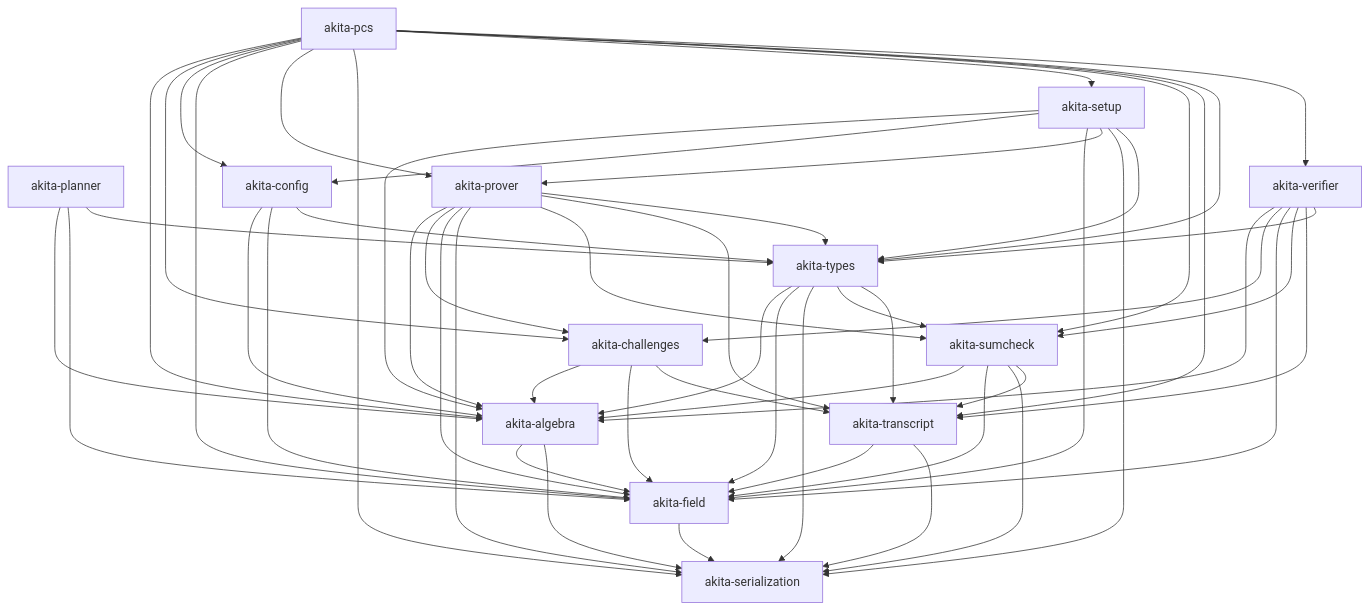
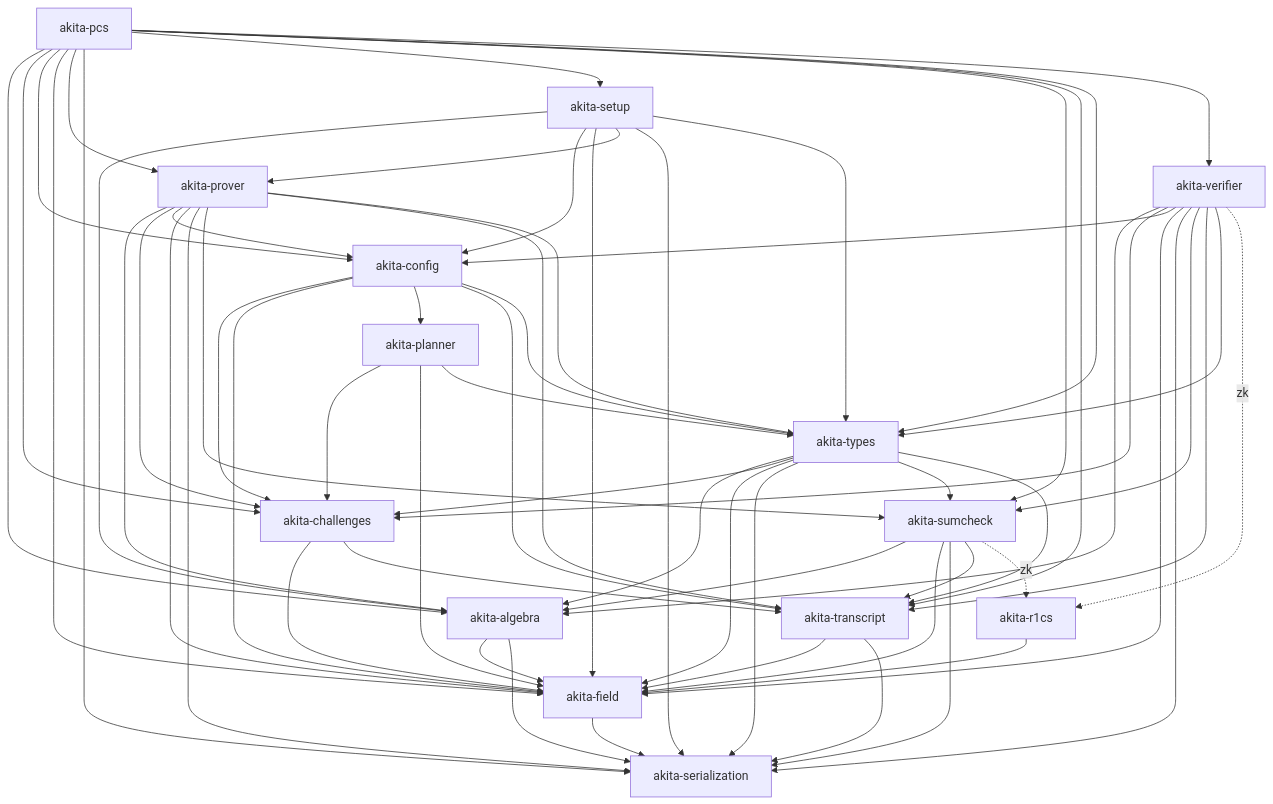
The diagram in docs/crate-graph.md (LayerZero-Labs/akita), drawn with Mermaid before and after one commit. The commit also changed other lines of this file and 9 other files, not shown here.

````diff
--- a/docs/crate-graph.md
+++ b/docs/crate-graph.md
@@ -9,70 +14,79 @@
 ```mermaid
 graph TD
   Ser["akita-serialization"]
   Field["akita-field"]
   Algebra["akita-algebra"]
   Transcript["akita-transcript"]
   Challenges["akita-challenges"]
   Sumcheck["akita-sumcheck"]
+  R1cs["akita-r1cs"]
   Types["akita-types"]
   Planner["akita-planner"]
   Config["akita-config"]
   Verifier["akita-verifier"]
   Prover["akita-prover"]
   Setup["akita-setup"]
   Pcs["akita-pcs"]
 
   Field --> Ser
   Algebra --> Field
   Algebra --> Ser
   Transcript --> Field
   Transcript --> Ser
-  Challenges --> Algebra
   Challenges --> Field
   Challenges --> Transcript
+  R1cs --> Field
   Sumcheck --> Algebra
   Sumcheck --> Field
   Sumcheck --> Ser
   Sumcheck --> Transcript
+  Sumcheck -. "zk" .-> R1cs
   Types --> Algebra
+  Types --> Challenges
   Types --> Field
   Types --> Ser
   Types --> Sumcheck
   Types --> Transcript
-  Planner --> Algebra
+  Planner --> Challenges
   Planner --> Field
   Planner --> Types
-  Config --> Algebra
+  Config --> Challenges
   Config --> Field
+  Config --> Planner
+  Config --> Transcript
   Config --> Types
   Verifier --> Algebra
   Verifier --> Challenges
+  Verifier --> Config
   Verifier --> Field
+  Verifier --> Ser
   Verifier --> Sumcheck
   Verifier --> Transcript
   Verifier --> Types
+  Verifier -. "zk" .-> R1cs
   Prover --> Algebra
   Prover --> Challenges
+  Prover --> Config
   Prover --> Field
   Prover --> Ser
   Prover --> Sumcheck
   Prover --> Transcript
   Prover --> Types
   Setup --> Algebra
   Setup --> Config
   Setup --> Field
   Setup --> Prover
   Setup --> Ser
   Setup --> Types
   Pcs --> Algebra
   Pcs --> Challenges
   Pcs --> Config
   Pcs --> Field
   Pcs --> Prover
   Pcs --> Ser
   Pcs --> Setup
   Pcs --> Sumcheck
   Pcs --> Transcript
   Pcs --> Types
   Pcs --> Verifier
 ```
````
